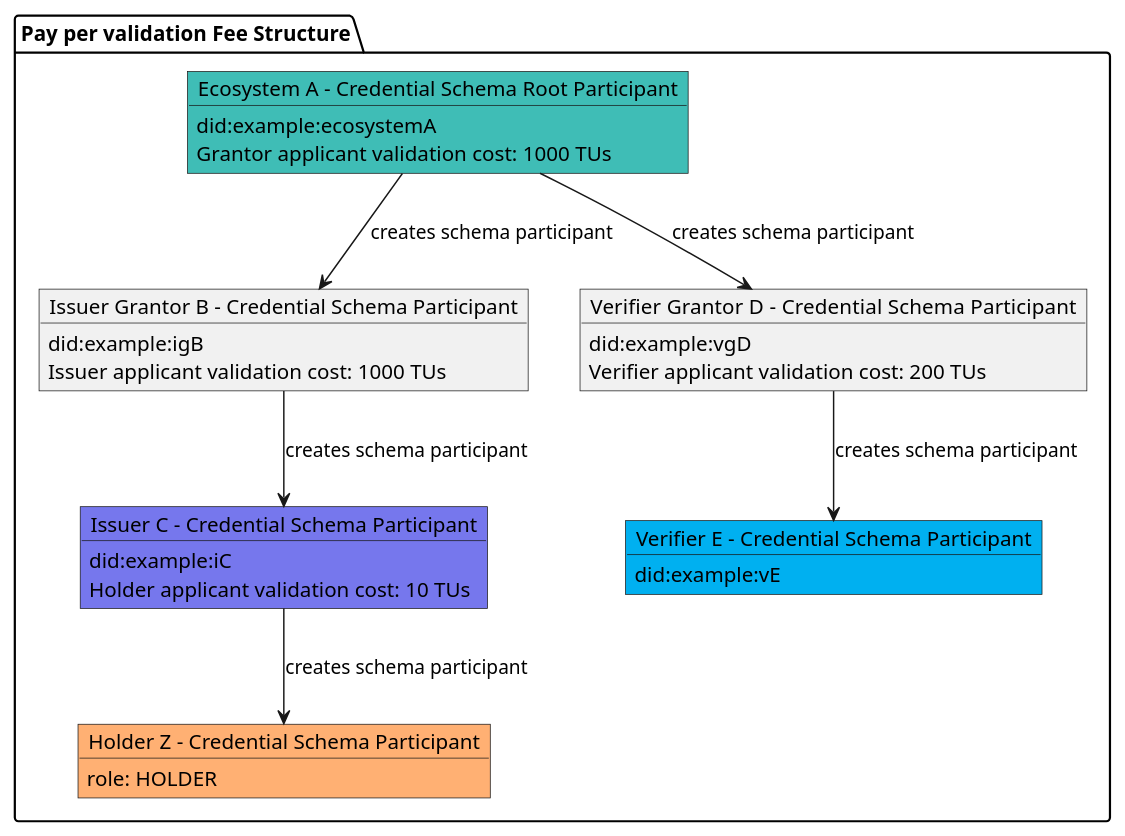
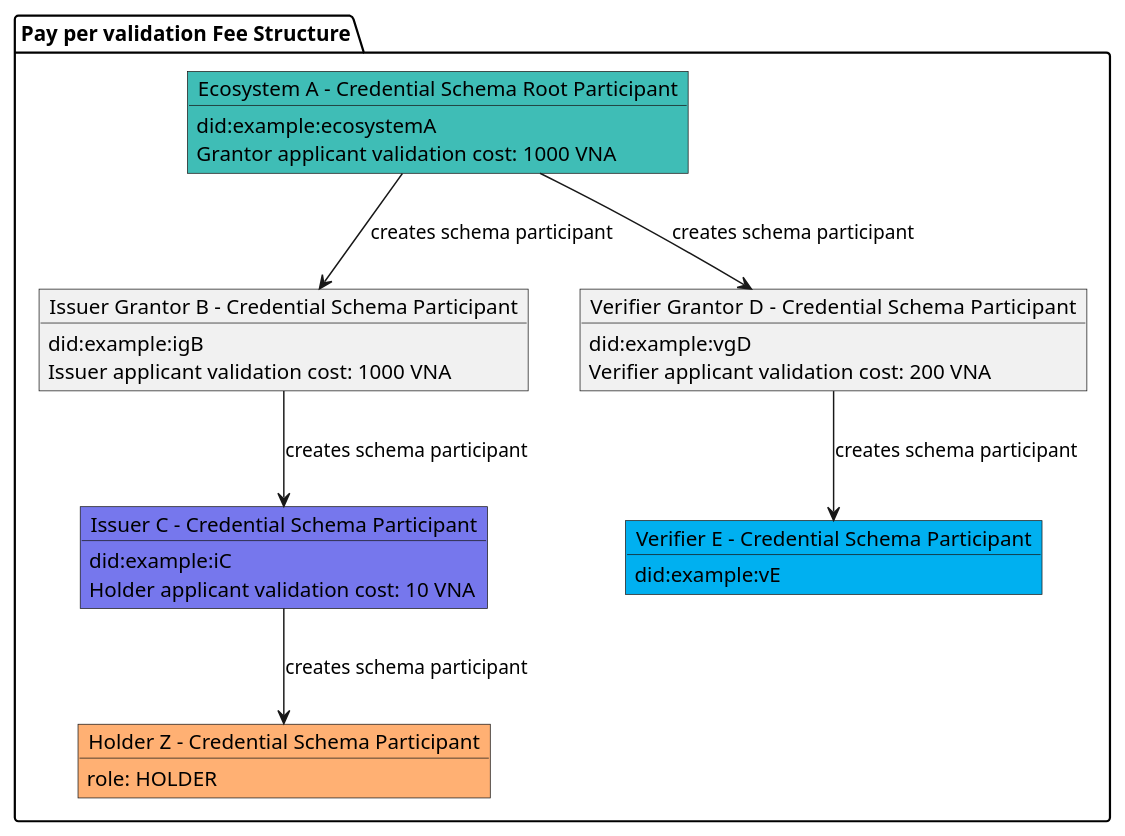
One commit to verana-labs/verifiable-trust-vpr-spec changed the fourth of 21 diagrams in spec.md. Above: the diagram before and after it, drawn with PlantUML. The commit also changed other lines of this file, not shown here.

Commit message:
chore(spec): consistency sweep — method list, features example in VNA, credential schema pricing text

````diff
--- a/spec.md
+++ b/spec.md
@@ -468,41 +468,41 @@
 ```plantuml
 
 @startuml
 scale max 800 width
  
 package "Pay per validation Fee Structure" as cs {
 
     object "Ecosystem A - Credential Schema Root Participant" as tr #3fbdb6 {
         did:example:ecosystemA
-        Grantor applicant validation cost: 1000 TUs
+        Grantor applicant validation cost: 1000 VNA
     }
     object "Issuer Grantor B - Credential Schema Participant" as ig {
         did:example:igB
-        Issuer applicant validation cost: 1000 TUs
+        Issuer applicant validation cost: 1000 VNA
     }
     object "Issuer C - Credential Schema Participant" as issuer #7677ed  {
         did:example:iC
-        Holder applicant validation cost: 10 TUs
+        Holder applicant validation cost: 10 VNA
     }
     object "Verifier Grantor D -  Credential Schema Participant" as vg {
         did:example:vgD
-        Verifier applicant validation cost: 200 TUs
+        Verifier applicant validation cost: 200 VNA
     }
     object "Verifier E - Credential Schema Participant" as verifier #00b0f0 {
         did:example:vE
     }
 
     object "Holder Z - Credential Schema Participant" as holder #FFB073 {
         role: HOLDER
     }
 }
 
 tr --> ig : creates schema participant
 ig --> issuer : creates schema participant
 issuer --> holder: creates schema participant
 tr --> vg : creates schema participant
 vg --> verifier : creates schema participant
 
 @enduml
 
 ```
````
